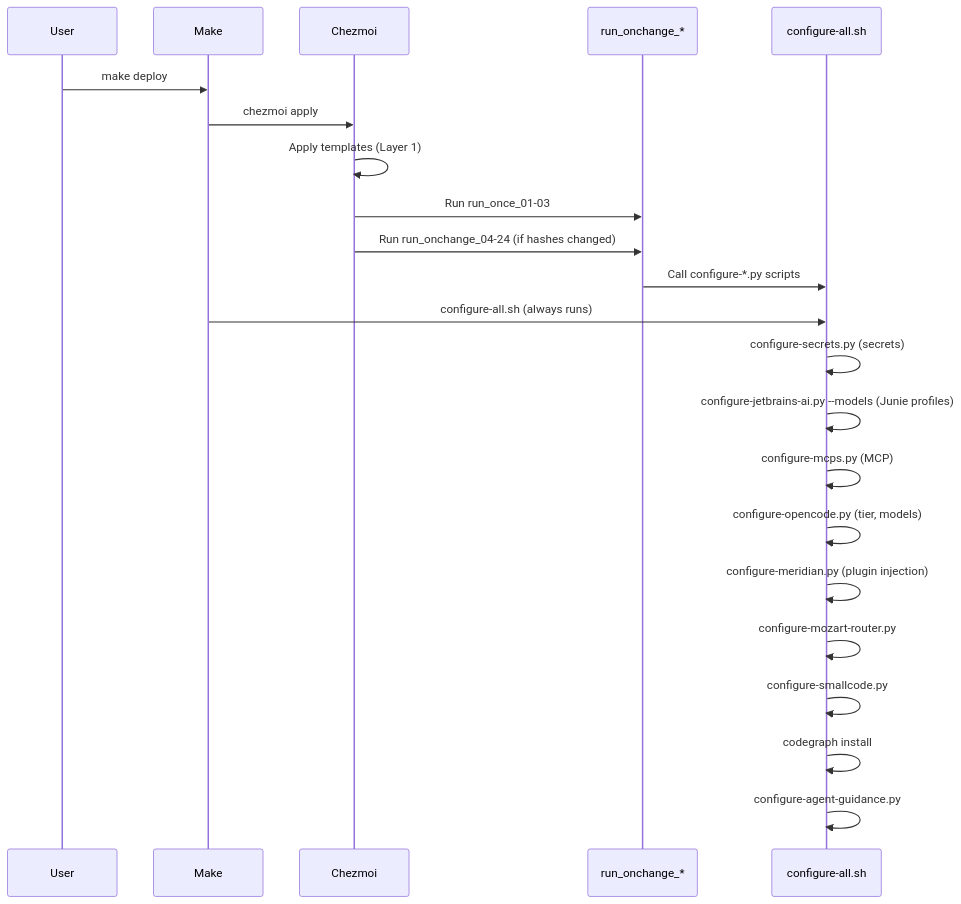
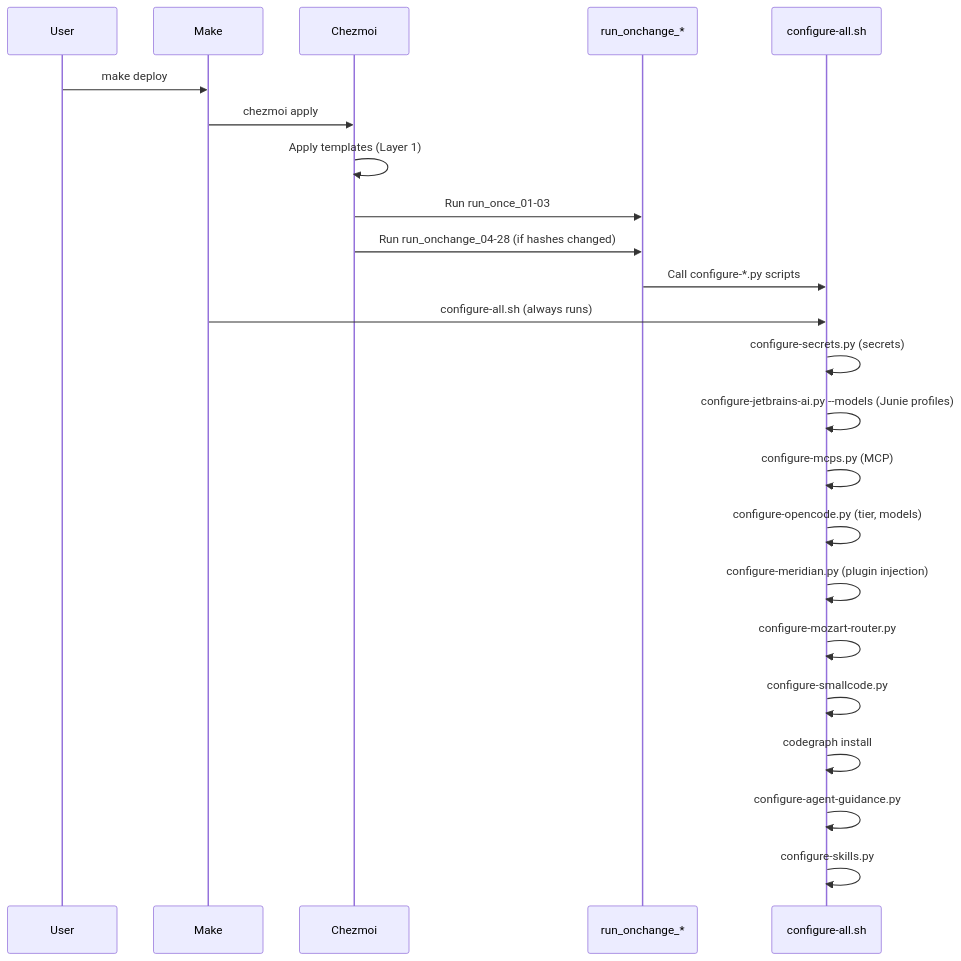
One commit to randytarampi/dotfiles changed the second of 3 diagrams in docs/ORCHESTRATION.md. Above: the diagram before and after it, drawn with Mermaid. The commit also changed other lines of this file, not shown here.

First line of the commit message:
docs(agents): update ORCHESTRATION.md with scripts 27, 28, service restart

````diff
--- a/docs/ORCHESTRATION.md
+++ b/docs/ORCHESTRATION.md
@@ -75,25 +78,26 @@
 ```mermaid
 sequenceDiagram
     participant User
     participant Make
     participant Chezmoi
     participant Scripts as run_onchange_*
     participant Configure as configure-all.sh
 
     User->>Make: make deploy
     Make->>Chezmoi: chezmoi apply
     Chezmoi->>Chezmoi: Apply templates (Layer 1)
     Chezmoi->>Scripts: Run run_once_01-03
-    Chezmoi->>Scripts: Run run_onchange_04-24 (if hashes changed)
+    Chezmoi->>Scripts: Run run_onchange_04-28 (if hashes changed)
     Scripts->>Configure: Call configure-*.py scripts
     Make->>Configure: configure-all.sh (always runs)
     Configure->>Configure: configure-secrets.py (secrets)
     Configure->>Configure: configure-jetbrains-ai.py --models (Junie profiles)
     Configure->>Configure: configure-mcps.py (MCP)
     Configure->>Configure: configure-opencode.py (tier, models)
     Configure->>Configure: configure-meridian.py (plugin injection)
     Configure->>Configure: configure-mozart-router.py
     Configure->>Configure: configure-smallcode.py
     Configure->>Configure: codegraph install
     Configure->>Configure: configure-agent-guidance.py
+    Configure->>Configure: configure-skills.py
 ```
````
